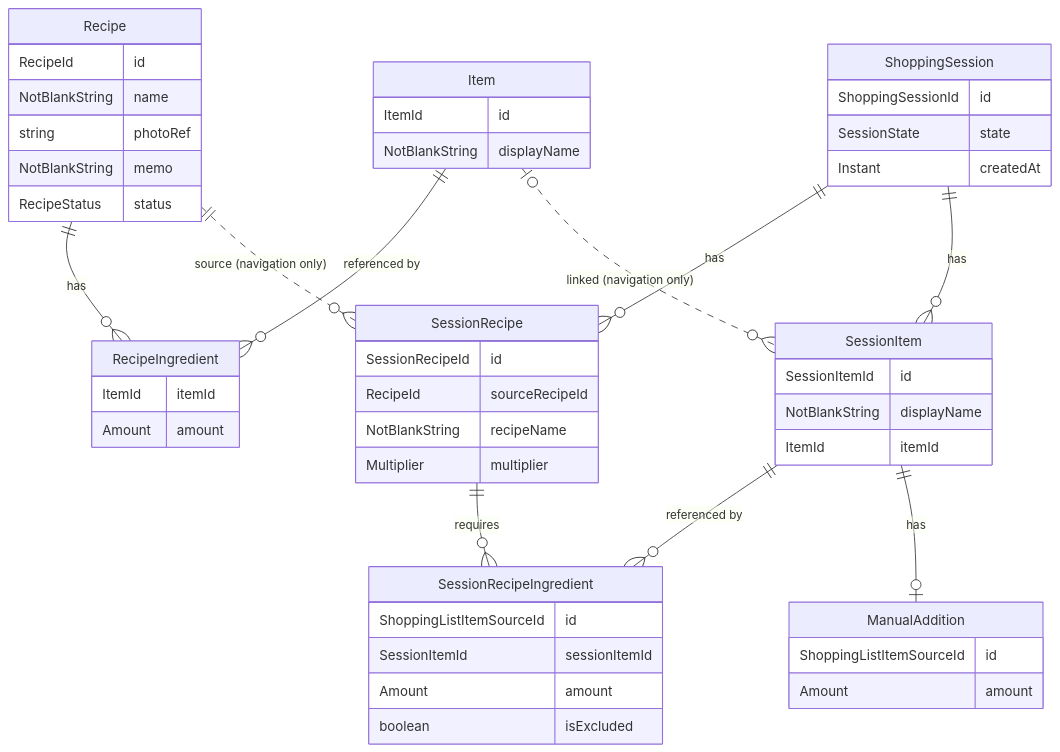
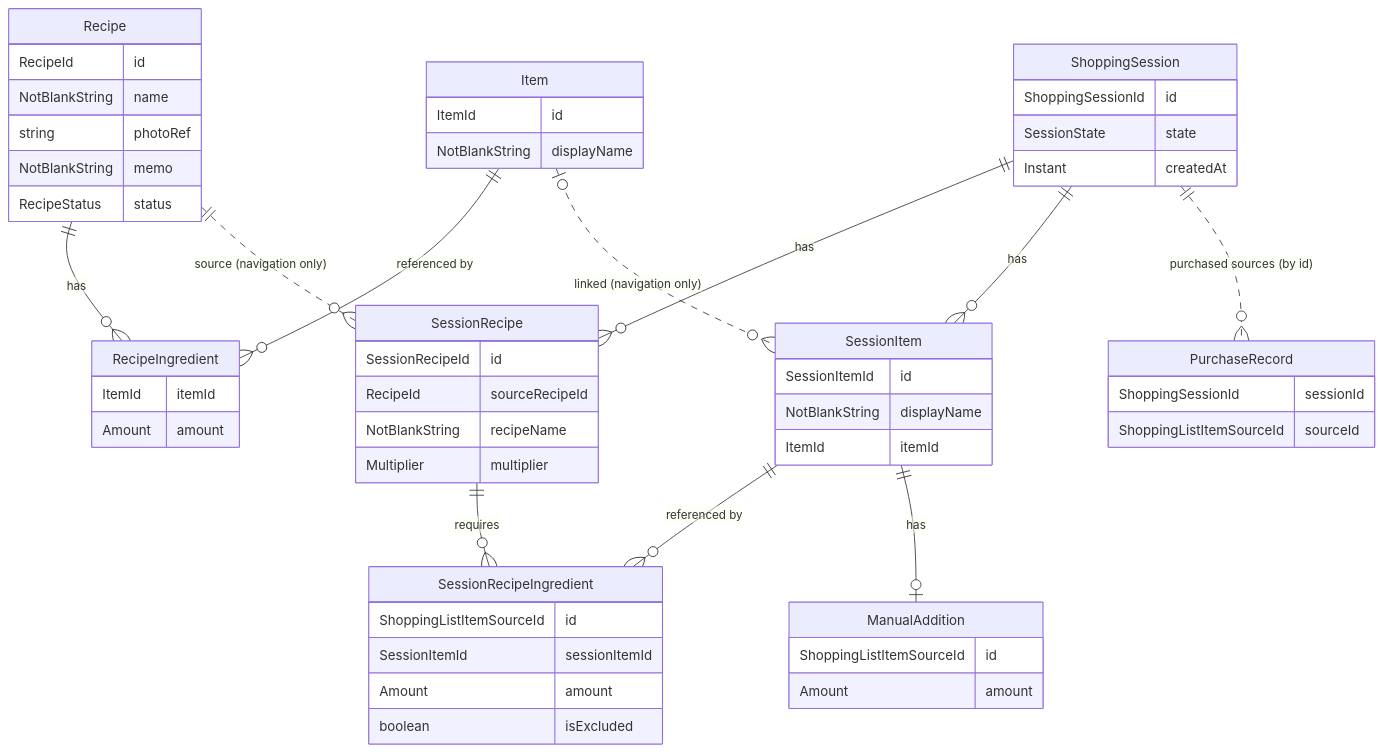
The diagram in docs/architecture.md (kyo1941/RecipeDeck), drawn with Mermaid before and after one commit. The commit also changed other lines of this file and 1 other file, not shown here.

````diff
--- a/docs/architecture.md
+++ b/docs/architecture.md
@@ -57,62 +57,68 @@
 ```mermaid
 erDiagram
     Recipe ||--o{ RecipeIngredient : "has"
     Item ||--o{ RecipeIngredient : "referenced by"
 
     ShoppingSession ||--o{ SessionRecipe : "has"
     ShoppingSession ||--o{ SessionItem : "has"
     SessionRecipe ||--o{ SessionRecipeIngredient : "requires"
     SessionItem ||--o{ SessionRecipeIngredient : "referenced by"
     SessionItem ||--o| ManualAddition : "has"
     Item |o..o{ SessionItem : "linked (navigation only)"
     Recipe ||..o{ SessionRecipe : "source (navigation only)"
+    ShoppingSession ||..o{ PurchaseRecord : "purchased sources (by id)"
 
     Recipe {
         RecipeId id
         NotBlankString name
         string photoRef
         NotBlankString memo
         RecipeStatus status
     }
 
     Item {
         ItemId id
         NotBlankString displayName
     }
 
     RecipeIngredient {
         ItemId itemId
         Amount amount
     }
 
     ShoppingSession {
         ShoppingSessionId id
         SessionState state
         Instant createdAt
     }
 
     SessionRecipe {
         SessionRecipeId id
         RecipeId sourceRecipeId
         NotBlankString recipeName
         Multiplier multiplier
     }
 
     SessionItem {
         SessionItemId id
         NotBlankString displayName
         ItemId itemId
     }
 
     ManualAddition {
         ShoppingListItemSourceId id
         Amount amount
     }
 
     SessionRecipeIngredient {
         ShoppingListItemSourceId id
         SessionItemId sessionItemId
         Amount amount
         boolean isExcluded
     }
+
+    PurchaseRecord {
+        ShoppingSessionId sessionId
+        ShoppingListItemSourceId sourceId
+    }
 ```
````
